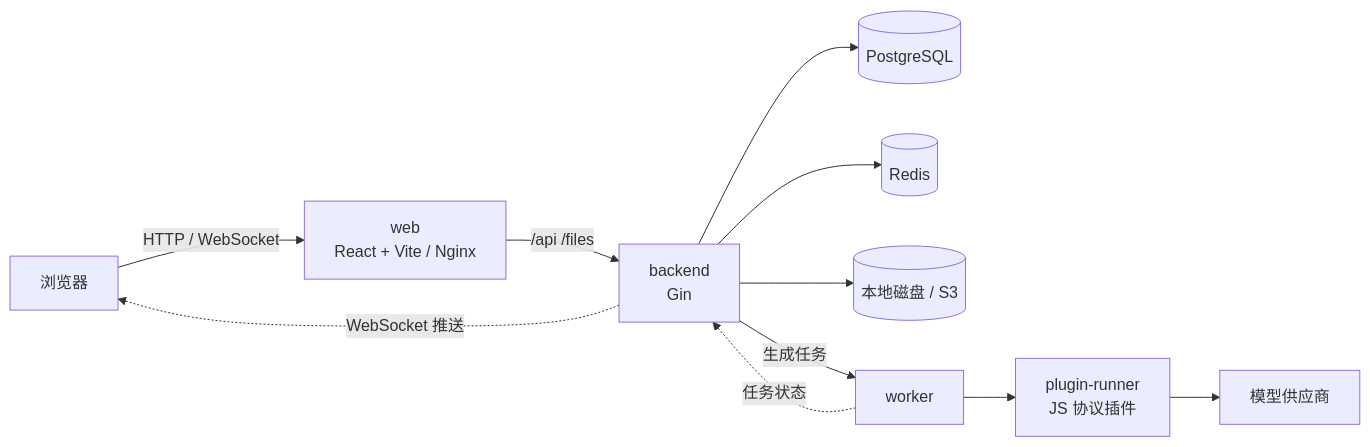
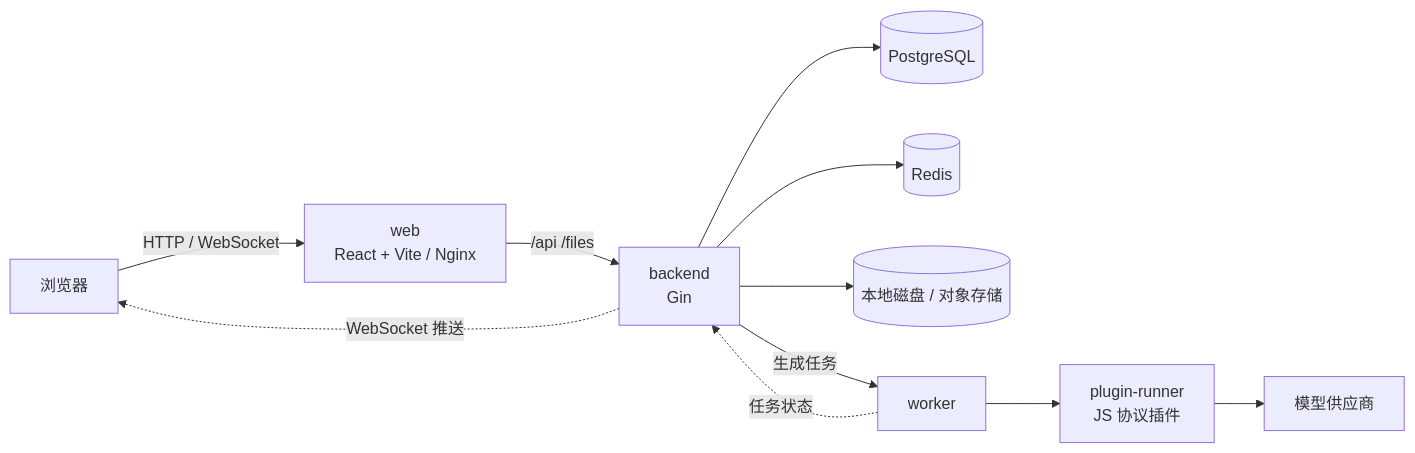
The diagram in README.md (zaylora/video-canvas), drawn with Mermaid before and after one commit. The commit also changed other lines of this file and 98 other files, not shown here.

````diff
--- a/README.md
+++ b/README.md
@@ -81,13 +81,13 @@
 ```mermaid
 flowchart LR
   B[浏览器] -->|HTTP / WebSocket| W[web<br/>React + Vite / Nginx]
   W -->|/api /files| S[backend<br/>Gin]
   S --> P[(PostgreSQL)]
   S --> R[(Redis)]
-  S --> O[(本地磁盘 / S3)]
+  S --> O[(本地磁盘 / 对象存储)]
   S -->|生成任务| K[worker]
   K --> PR[plugin-runner<br/>JS 协议插件]
   PR --> M[模型供应商]
   K -. 任务状态 .-> S
   S -. WebSocket 推送 .-> B
 ```
````
